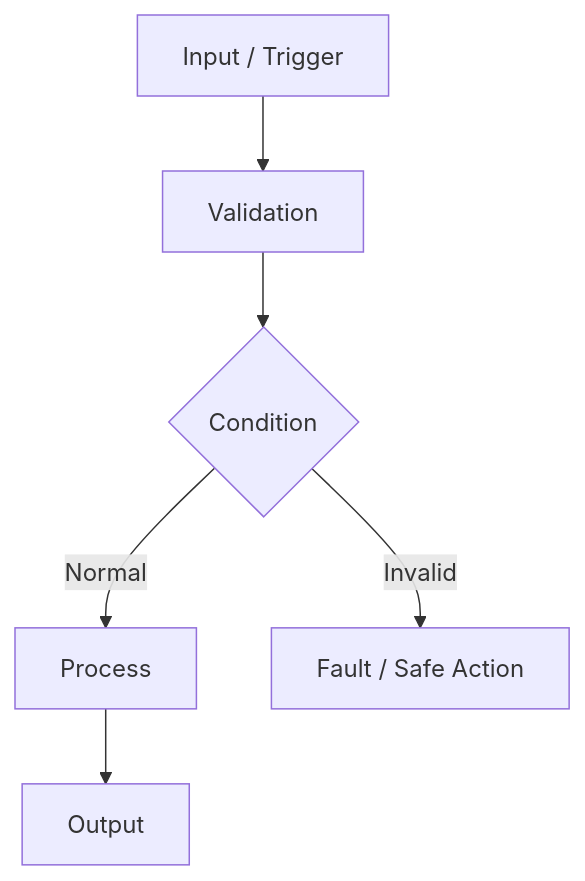
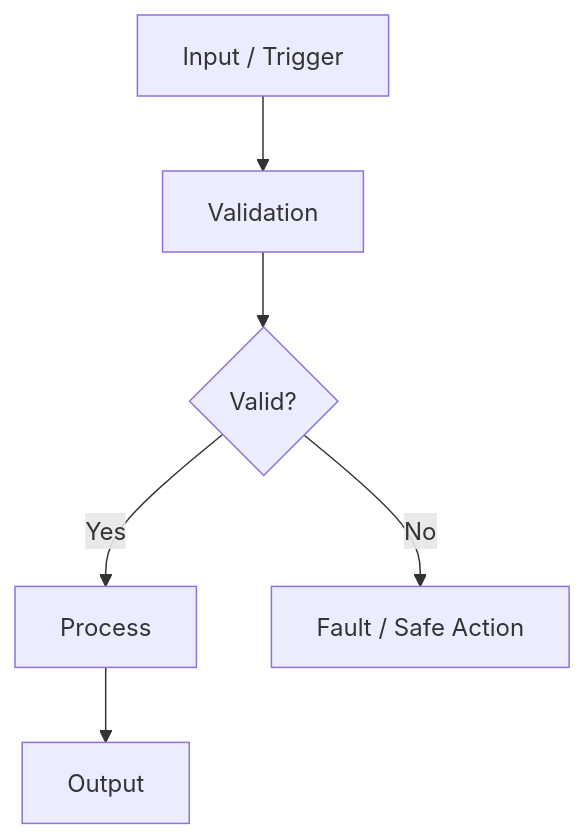
Before and after one commit to sunmaan22/SDV_MCU_Project: the diagram in docs/templates/FUNCTIONAL_SPECIFICATION_TEMPLATE.md, drawn with Mermaid. The commit also changed other lines of this file and 10 other files, not shown here.

Commit message:
docs: apply FreeRTOS architecture policy across active documentation

````diff
--- a/docs/templates/FUNCTIONAL_SPECIFICATION_TEMPLATE.md
+++ b/docs/templates/FUNCTIONAL_SPECIFICATION_TEMPLATE.md
@@ -76,8 +65,8 @@
 ```mermaid
 flowchart TD
     A[Input / Trigger] --> B[Validation]
-    B --> C{Condition}
-    C -->|Normal| D[Process]
-    C -->|Invalid| E[Fault / Safe Action]
+    B --> C{Valid?}
+    C -->|Yes| D[Process]
+    C -->|No| E[Fault / Safe Action]
     D --> F[Output]
 ```
````
